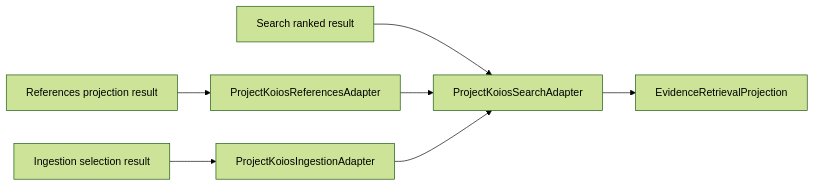
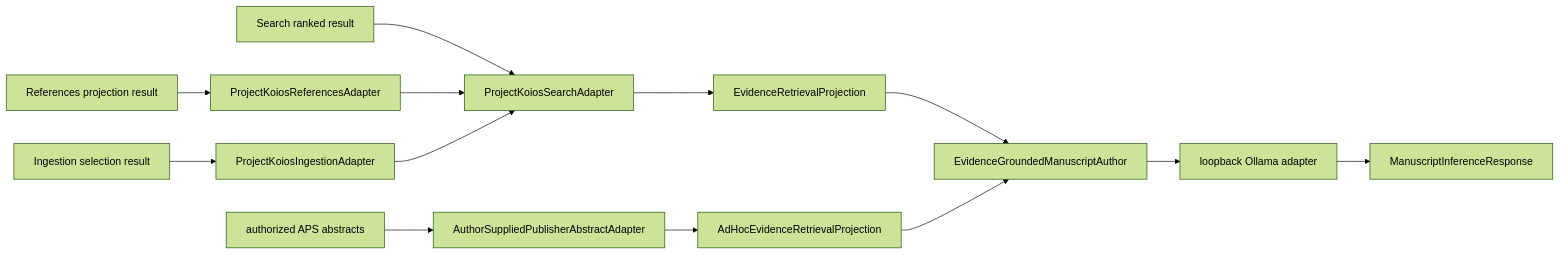
One commit to eragasa/ksdft2effmass changed the diagram in docs/architecture/ksdft2effmass/publications/authoring/adapters/schematic.md. Above: the diagram before and after it, drawn with Mermaid (forest theme). The commit also changed other lines of this file and 71 other files, not shown here.

Commit message:
Add retained local abstract authoring path

````diff
--- a/docs/architecture/ksdft2effmass/publications/authoring/adapters/schematic.md
+++ b/docs/architecture/ksdft2effmass/publications/authoring/adapters/schematic.md
@@ -3,9 +3,15 @@
 ```mermaid
 flowchart LR
     References["References projection result"] --> RefAdapter["ProjectKoiosReferencesAdapter"]
     Ingestion["Ingestion selection result"] --> IngAdapter["ProjectKoiosIngestionAdapter"]
     Search["Search ranked result"] --> SearchAdapter["ProjectKoiosSearchAdapter"]
     RefAdapter --> SearchAdapter
     IngAdapter --> SearchAdapter
     SearchAdapter --> Local["EvidenceRetrievalProjection"]
+    Abstracts["authorized APS abstracts"] --> AdHoc["AuthorSuppliedPublisherAbstractAdapter"]
+    AdHoc --> AdHocProjection["AdHocEvidenceRetrievalProjection"]
+    Local --> Author["EvidenceGroundedManuscriptAuthor"]
+    AdHocProjection --> Author
+    Author --> Ollama["loopback Ollama adapter"]
+    Ollama --> Response["ManuscriptInferenceResponse"]
 ```
````
